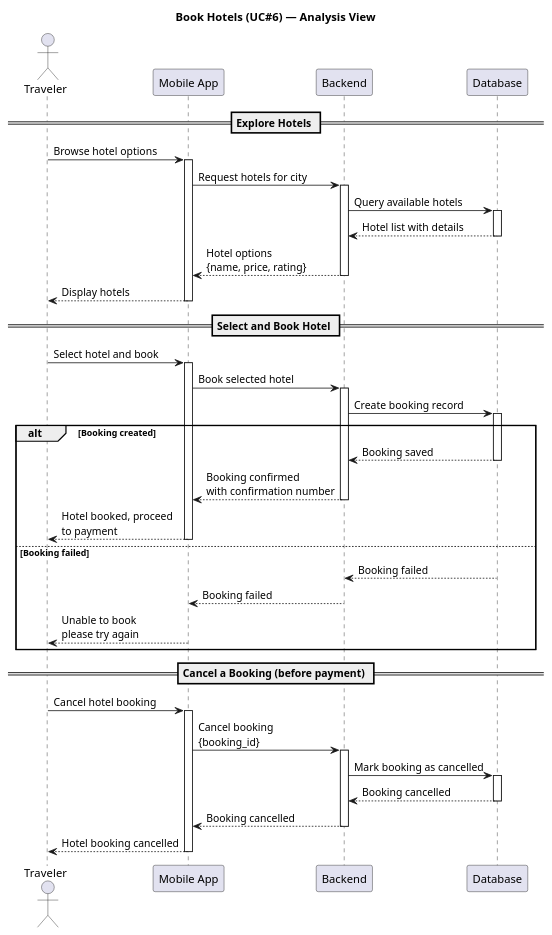
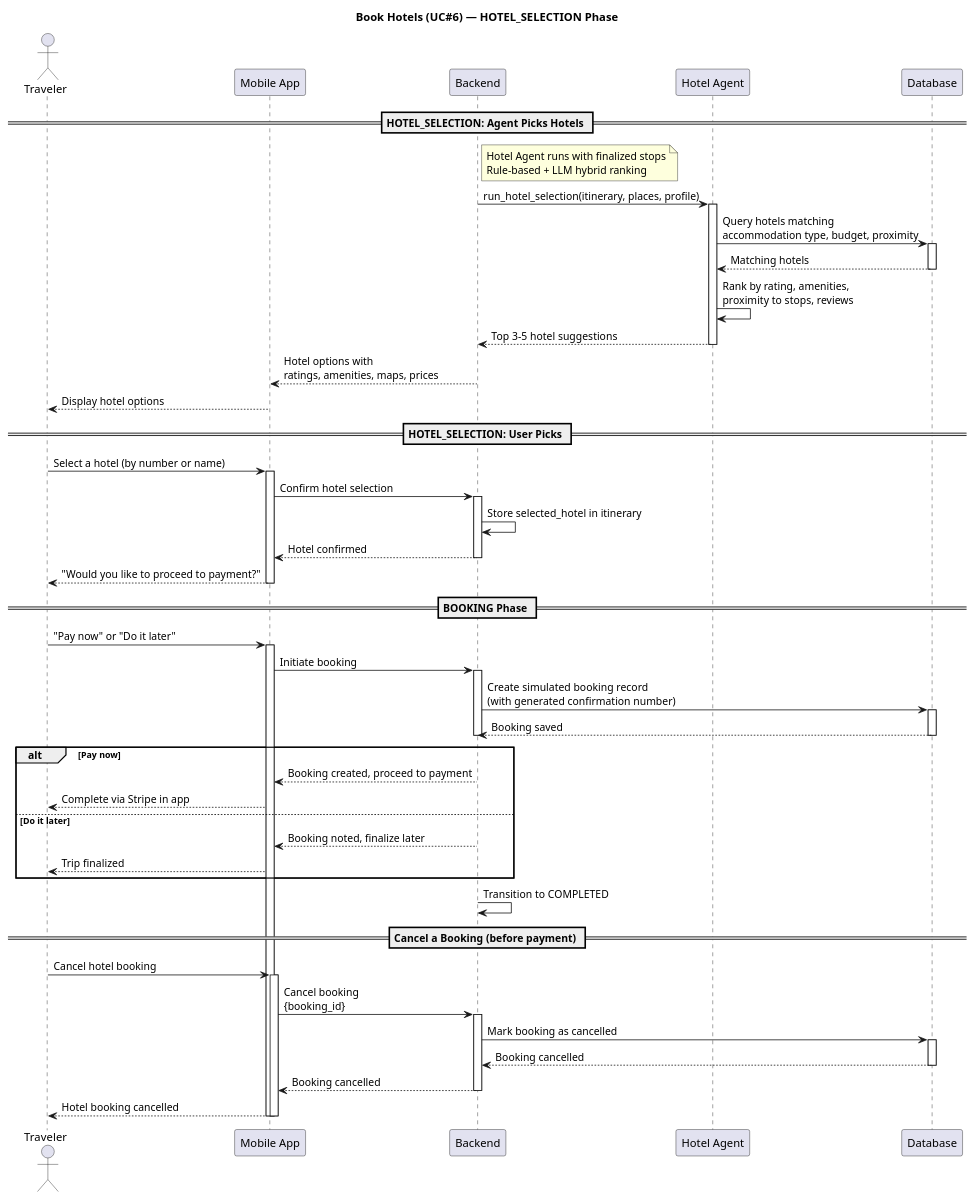
The diagram in docs/Diagrams/sequence_hotel_booking.puml (AbdelrahmanMostafa33/TourMate-AI), drawn with PlantUML before and after one commit. The commit also changed 50 other files, not shown here.

First line of the commit message:
docs: refresh diagrams and add app screenshots

```diff
--- a/docs/Diagrams/sequence_hotel_booking.puml
+++ b/docs/Diagrams/sequence_hotel_booking.puml
@@ -1,79 +1,90 @@
 @startuml Hotel_Booking_Flow
-title Book Hotels (UC#6) — Analysis View
+title Book Hotels (UC#6) — HOTEL_SELECTION Phase
 
 actor Traveler
 participant "Mobile App" as App
 participant "Backend" as Backend
+participant "Hotel Agent" as HotelAgent
 participant "Database" as DB
 
-== Explore Hotels ==
+== HOTEL_SELECTION: Agent Picks Hotels ==
 
-Traveler -> App: Browse hotel options
+Note right of Backend: Hotel Agent runs with finalized stops\nRule-based + LLM hybrid ranking
+
+Backend -> HotelAgent: run_hotel_selection(itinerary, places, profile)
+activate HotelAgent
+
+HotelAgent -> DB: Query hotels matching\naccommodation type, budget, proximity
+activate DB
+DB --> HotelAgent: Matching hotels
+deactivate DB
+
+HotelAgent -> HotelAgent: Rank by rating, amenities,\nproximity to stops, reviews
+HotelAgent --> Backend: Top 3-5 hotel suggestions
+deactivate HotelAgent
+
+Backend --> App: Hotel options with\nratings, amenities, maps, prices
+deactivate Backend
+
+App --> Traveler: Display hotel options
+deactivate App
+
+== HOTEL_SELECTION: User Picks ==
+
+Traveler -> App: Select a hotel (by number or name)
 activate App
 
-App -> Backend: Request hotels for city
+App -> Backend: Confirm hotel selection
 activate Backend
 
-Backend -> DB: Query available hotels
+Backend -> Backend: Store selected_hotel in itinerary
+Backend --> App: Hotel confirmed
+deactivate Backend
+
+App --> Traveler: "Would you like to proceed to payment?"
+deactivate App
+
+== BOOKING Phase ==
+
+Traveler -> App: "Pay now" or "Do it later"
+activate App
+
+App -> Backend: Initiate booking
+activate Backend
+
+Backend -> DB: Create simulated booking record\n(with generated confirmation number)
 activate DB
-DB --> Backend: Hotel list with details
+DB --> Backend: Booking saved
+deactivate Backend
 deactivate DB
 
-Backend --> App: Hotel options\n{name, price, rating}
-deactivate Backend
+alt Pay now
+  Backend --> App: Booking created, proceed to payment
+  App --> Traveler: Complete via Stripe in app
+else Do it later
+  Backend --> App: Booking noted, finalize later
+  App --> Traveler: Trip finalized
+end
 
-App --> Traveler: Display hotels
-deactivate App
-
-== Select and Book Hotel ==
-
-Traveler -> App: Select hotel and book
-activate App
-
-App -> Backend: Book selected hotel
-activate Backend
-
-Backend -> DB: Create booking record
-activate DB
-
-alt Booking created
-  DB --> Backend: Booking saved
-  deactivate DB
-
-  Backend --> App: Booking confirmed\nwith confirmation number
-  deactivate Backend
-
-  App --> Traveler: Hotel booked, proceed\nto payment
-  deactivate App
-
-else Booking failed
-  DB --> Backend: Booking failed
-  deactivate DB
-
-  Backend --> App: Booking failed
-  deactivate Backend
-
-  App --> Traveler: Unable to book\nplease try again
-  deactivate App
-end
+Backend -> Backend: Transition to COMPLETED
 
 == Cancel a Booking (before payment) ==
 
 Traveler -> App: Cancel hotel booking
 activate App
 
 App -> Backend: Cancel booking\n{booking_id}
 activate Backend
 
 Backend -> DB: Mark booking as cancelled
 activate DB
 DB --> Backend: Booking cancelled
 deactivate DB
 
 Backend --> App: Booking cancelled
 deactivate Backend
 
 App --> Traveler: Hotel booking cancelled
 deactivate App
 
 @enduml
```
